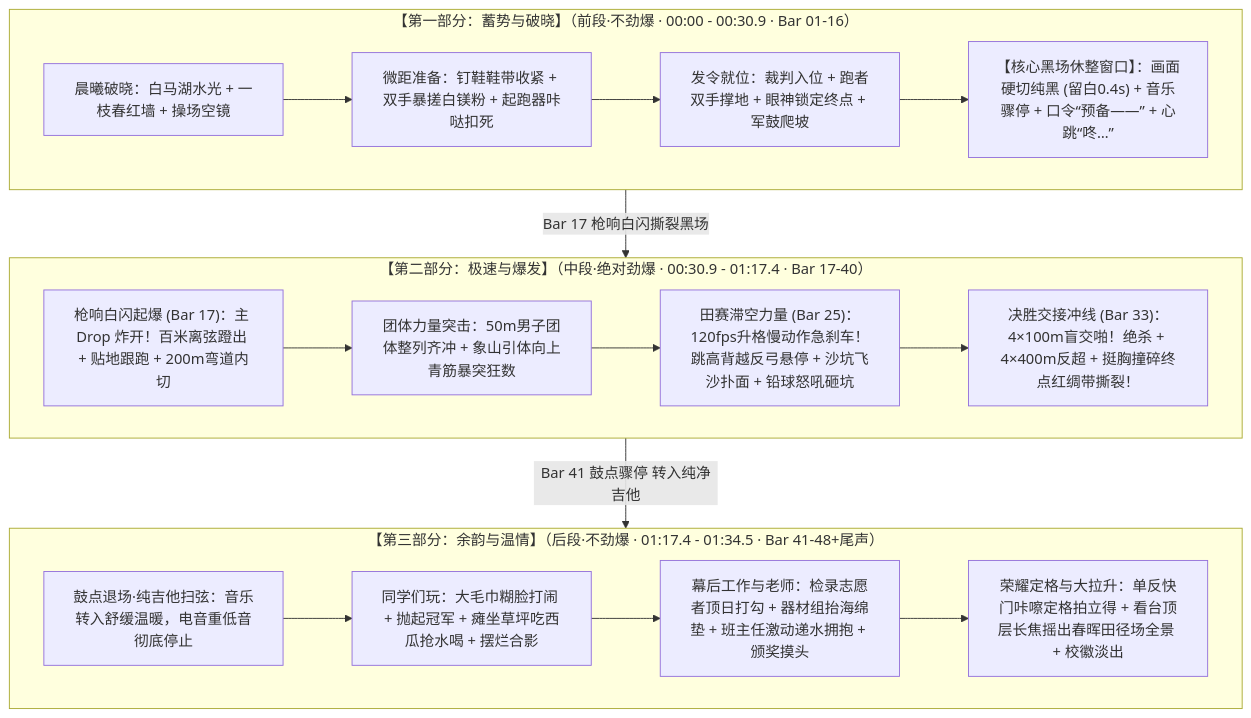
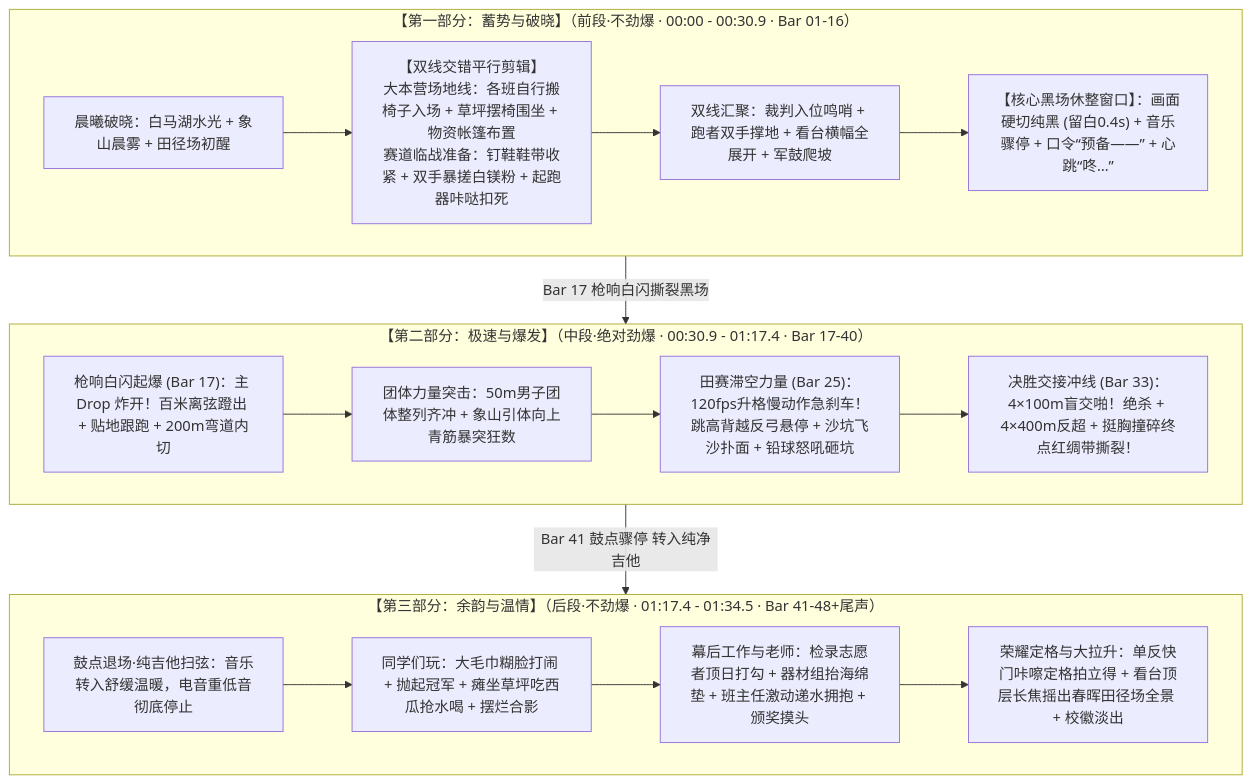
The diagram in 成品脚本/01_传统高光混剪_最终脚本.md (RS114514/2026SportsMeet), drawn with Mermaid before and after one commit. The commit also changed other lines of this file and 12 other files, not shown here.

````diff
--- a/成品脚本/01_传统高光混剪_最终脚本.md
+++ b/成品脚本/01_传统高光混剪_最终脚本.md
@@ -22,23 +22,23 @@
 ```mermaid
 flowchart TD
     subgraph Part1["【第一部分：蓄势与破晓】（前段·不劲爆 · 00:00 - 00:30.9 · Bar 01-16）"]
-        A1["晨曦破晓：白马湖水光 + 一枝春红墙 + 操场空镜"] --> A2["微距准备：钉鞋鞋带收紧 + 双手暴搓白镁粉 + 起跑器咔哒扣死"]
-        A2 --> A3["发令就位：裁判入位 + 跑者双手撑地 + 眼神锁定终点 + 军鼓爬坡"]
+        A1["晨曦破晓：白马湖水光 + 象山晨雾 + 田径场初醒"] --> A2["【双线交错平行剪辑】<br>大本营场地线：各班自行搬椅子入场 + 草坪摆椅围坐 + 物资帐篷布置<br>赛道临战准备：钉鞋鞋带收紧 + 双手暴搓白镁粉 + 起跑器咔哒扣死"]
+        A2 --> A3["双线汇聚：裁判入位鸣哨 + 跑者双手撑地 + 看台横幅全展开 + 军鼓爬坡"]
         A3 --> A4["【核心黑场休整窗口】：画面硬切纯黑 (留白0.4s) + 音乐骤停 + 口令“预备——” + 心跳“咚…”"]
     end
 
     subgraph Part2["【第二部分：极速与爆发】（中段·绝对劲爆 · 00:30.9 - 01:17.4 · Bar 17-40）"]
         B1["枪响白闪起爆 (Bar 17)：主 Drop 炸开！百米离弦蹬出 + 贴地跟跑 + 200m弯道内切"] --> B2["团体力量突击：50m男子团体整列齐冲 + 象山引体向上青筋暴突狂数"]
         B2 --> B3["田赛滞空力量 (Bar 25)：120fps升格慢动作急刹车！跳高背越反弓悬停 + 沙坑飞沙扑面 + 铅球怒吼砸坑"]
         B3 --> B4["决胜交接冲线 (Bar 33)：4×100m盲交啪！绝杀 + 4×400m反超 + 挺胸撞碎终点红绸带撕裂！"]
     end
 
     subgraph Part3["【第三部分：余韵与温情】（后段·不劲爆 · 01:17.4 - 01:34.5 · Bar 41-48+尾声）"]
         C1["鼓点退场·纯吉他扫弦：音乐转入舒缓温暖，电音重低音彻底停止"] --> C2["同学们玩：大毛巾糊脸打闹 + 抛起冠军 + 瘫坐草坪吃西瓜抢水喝 + 摆烂合影"]
         C2 --> C3["幕后工作与老师：检录志愿者顶日打勾 + 器材组抬海绵垫 + 班主任激动递水拥抱 + 颁奖摸头"]
         C3 --> C4["荣耀定格与大拉升：单反快门咔嚓定格拍立得 + 看台顶层长焦摇出春晖田径场全景 + 校徽淡出"]
     end
 
     Part1 -->|Bar 17 枪响白闪撕裂黑场| Part2
     Part2 -->|Bar 41 鼓点骤停 转入纯净吉他| Part3
 ```
````
